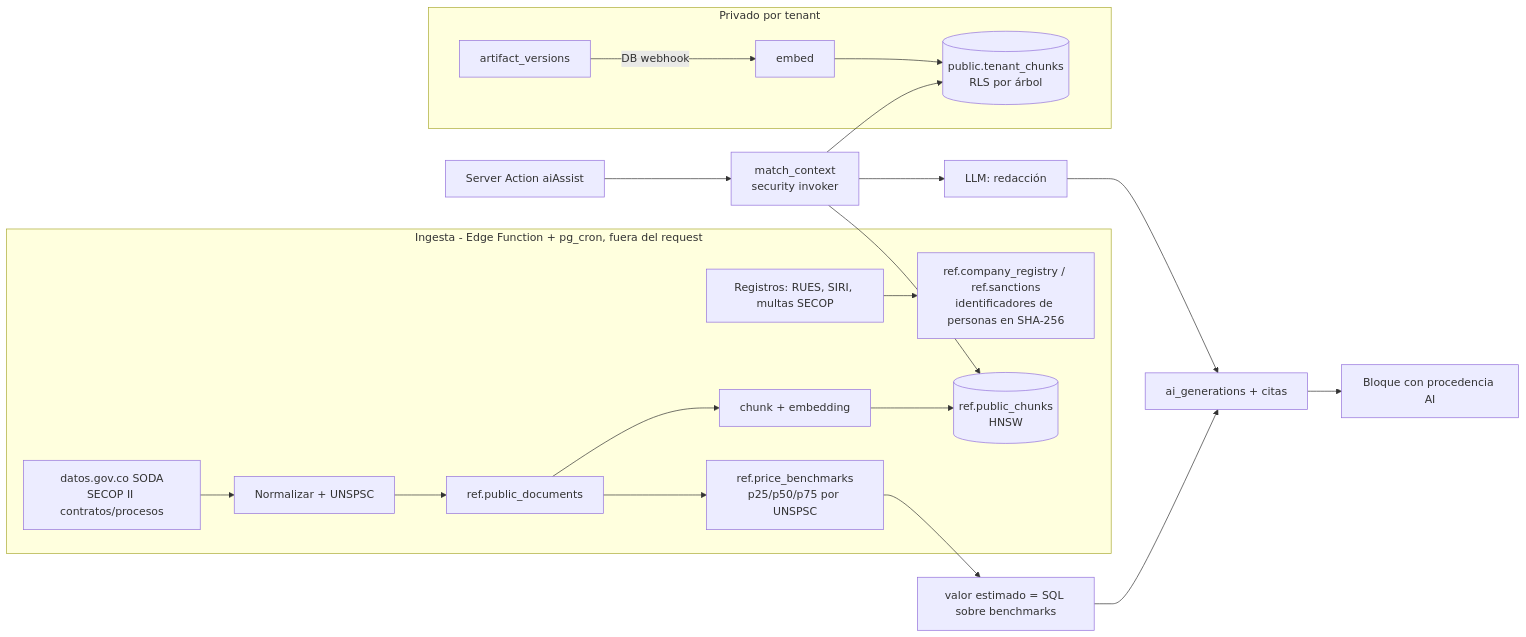
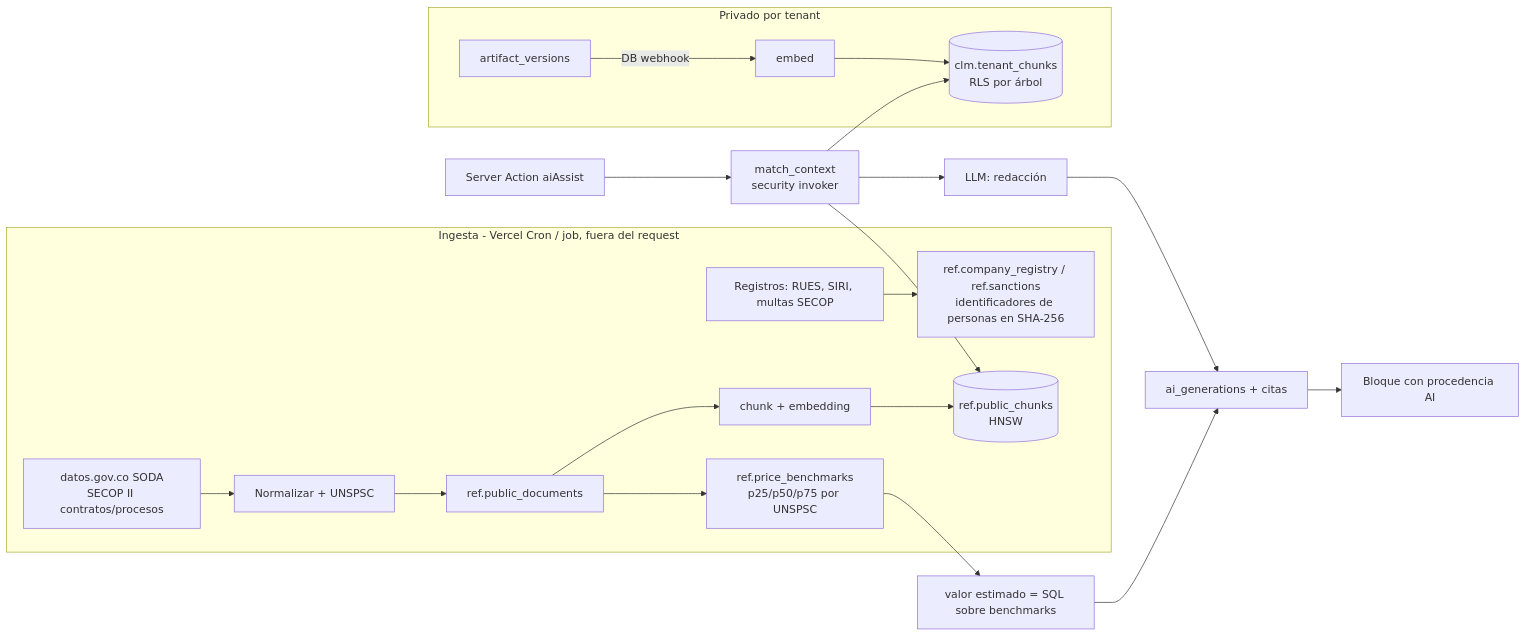
One commit to cesarandreslp/contratacion changed the third of 4 diagrams in docs/04-spec-clm-core.md. Above: the diagram before and after it, drawn with Mermaid. The commit also changed other lines of this file and 15 other files, not shown here.

First line of the commit message:
feat(clm): Core Engine sobre Neon + vista del expediente con compuertas (#4)

````diff
--- a/docs/04-spec-clm-core.md
+++ b/docs/04-spec-clm-core.md
@@ -247,19 +256,19 @@
 ```mermaid
 flowchart LR
-  subgraph Ingesta[Ingesta - Edge Function + pg_cron, fuera del request]
+  subgraph Ingesta[Ingesta - Vercel Cron / job, fuera del request]
     S1[datos.gov.co SODA<br/>SECOP II contratos/procesos] --> N[Normalizar + UNSPSC]
     S2[Registros: RUES, SIRI, multas SECOP] --> RG[ref.company_registry / ref.sanctions<br/>identificadores de personas en SHA-256]
     N --> PD[ref.public_documents]
     PD --> CH[chunk + embedding] --> PC[(ref.public_chunks<br/>HNSW)]
     PD --> PB[ref.price_benchmarks<br/>p25/p50/p75 por UNSPSC]
   end
   subgraph Tenant[Privado por tenant]
-    AV[artifact_versions] -- DB webhook --> EMB[embed] --> TC[(public.tenant_chunks<br/>RLS por árbol)]
+    AV[artifact_versions] -- DB webhook --> EMB[embed] --> TC[(clm.tenant_chunks<br/>RLS por árbol)]
   end
   Q[Server Action aiAssist] --> M[match_context<br/>security invoker]
   M --> PC
   M --> TC
   M --> LLM[LLM: redacción]
   PB --> VAL[valor estimado = SQL sobre benchmarks]
   LLM & VAL --> G[ai_generations + citas] --> UI[Bloque con procedencia AI]
 ```
````
